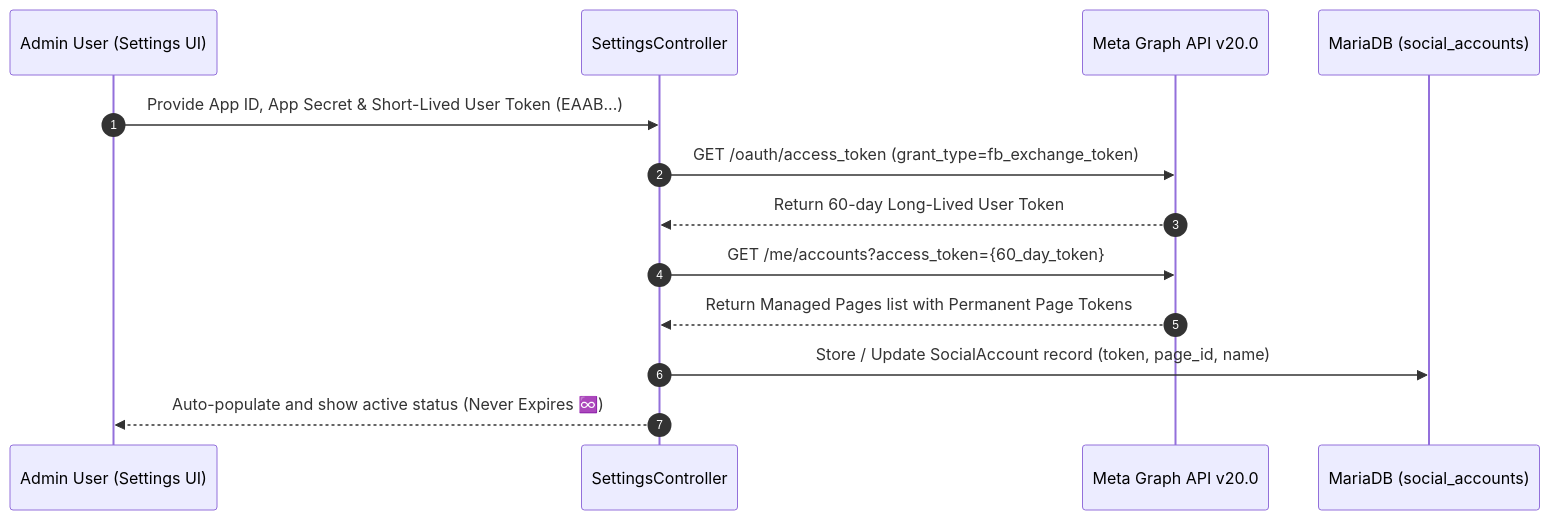
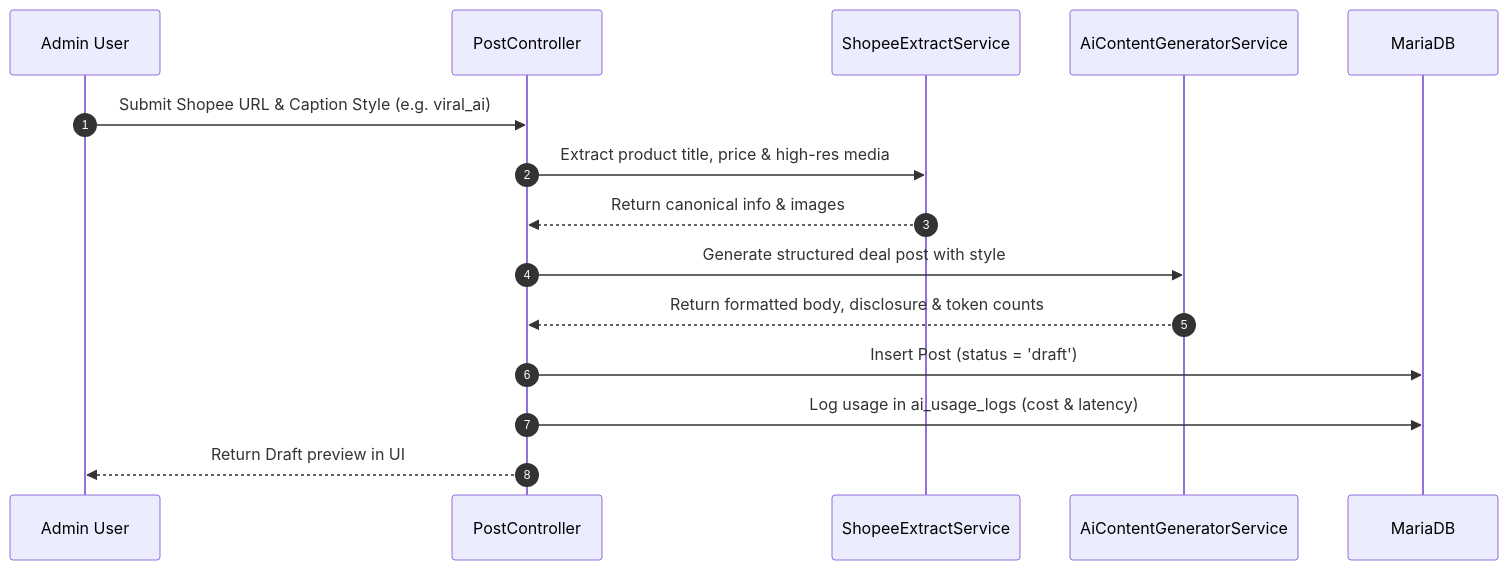
One commit to warr-dev/autoffiliate changed the third of 4 diagrams in docs/ARCHITECTURE.md. Above: the diagram before and after it, drawn with Mermaid. The commit also changed other lines of this file and 12 other files, not shown here.

Commit message:
feat(analytics): add AI usage & cost analytics engine with interactive dashboard and telemetry

````diff
--- a/docs/ARCHITECTURE.md
+++ b/docs/ARCHITECTURE.md
@@ -118,16 +127,18 @@
 ```mermaid
 sequenceDiagram
     autonumber
-    participant User as Admin User (Settings UI)
-    participant Backend as SettingsController
-    participant Meta as Meta Graph API v20.0
-    participant DB as MariaDB (social_accounts)
+    participant U as Admin User
+    participant P as PostController
+    participant S as ShopeeExtractService
+    participant AI as AiContentGeneratorService
+    participant DB as MariaDB
 
-    User->>Backend: Provide App ID, App Secret & Short-Lived User Token (EAAB...)
-    Backend->>Meta: GET /oauth/access_token (grant_type=fb_exchange_token)
-    Meta-->>Backend: Return 60-day Long-Lived User Token
-    Backend->>Meta: GET /me/accounts?access_token={60_day_token}
-    Meta-->>Backend: Return Managed Pages list with Permanent Page Tokens
-    Backend->>DB: Store / Update SocialAccount record (token, page_id, name)
-    Backend-->>User: Auto-populate and show active status (Never Expires ♾️)
+    U->>P: Submit Shopee URL & Caption Style (e.g. viral_ai)
+    P->>S: Extract product title, price & high-res media
+    S-->>P: Return canonical info & images
+    P->>AI: Generate structured deal post with style
+    AI-->>P: Return formatted body, disclosure & token counts
+    P->>DB: Insert Post (status = 'draft')
+    P->>DB: Log usage in ai_usage_logs (cost & latency)
+    P-->>U: Return Draft preview in UI
 ```
````
